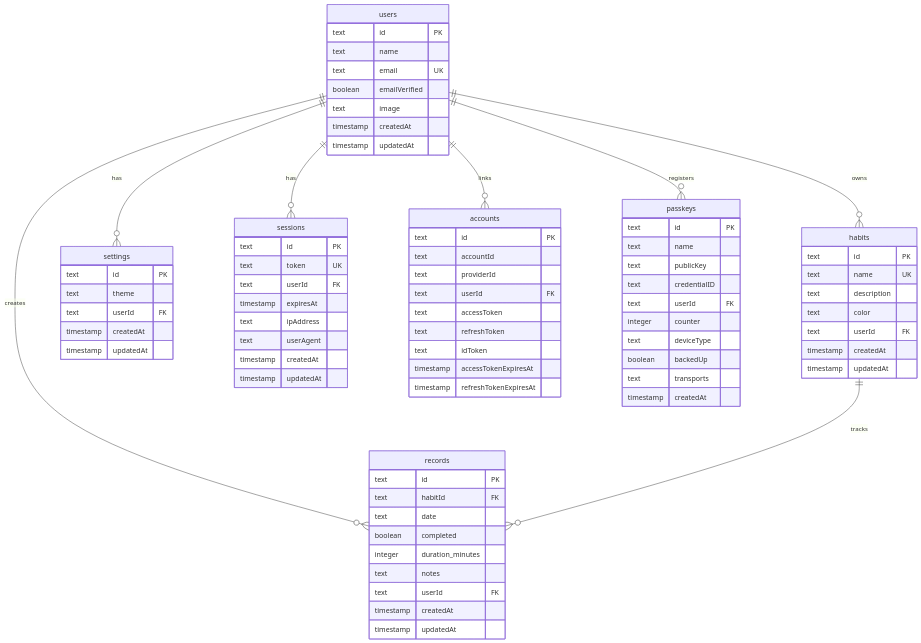
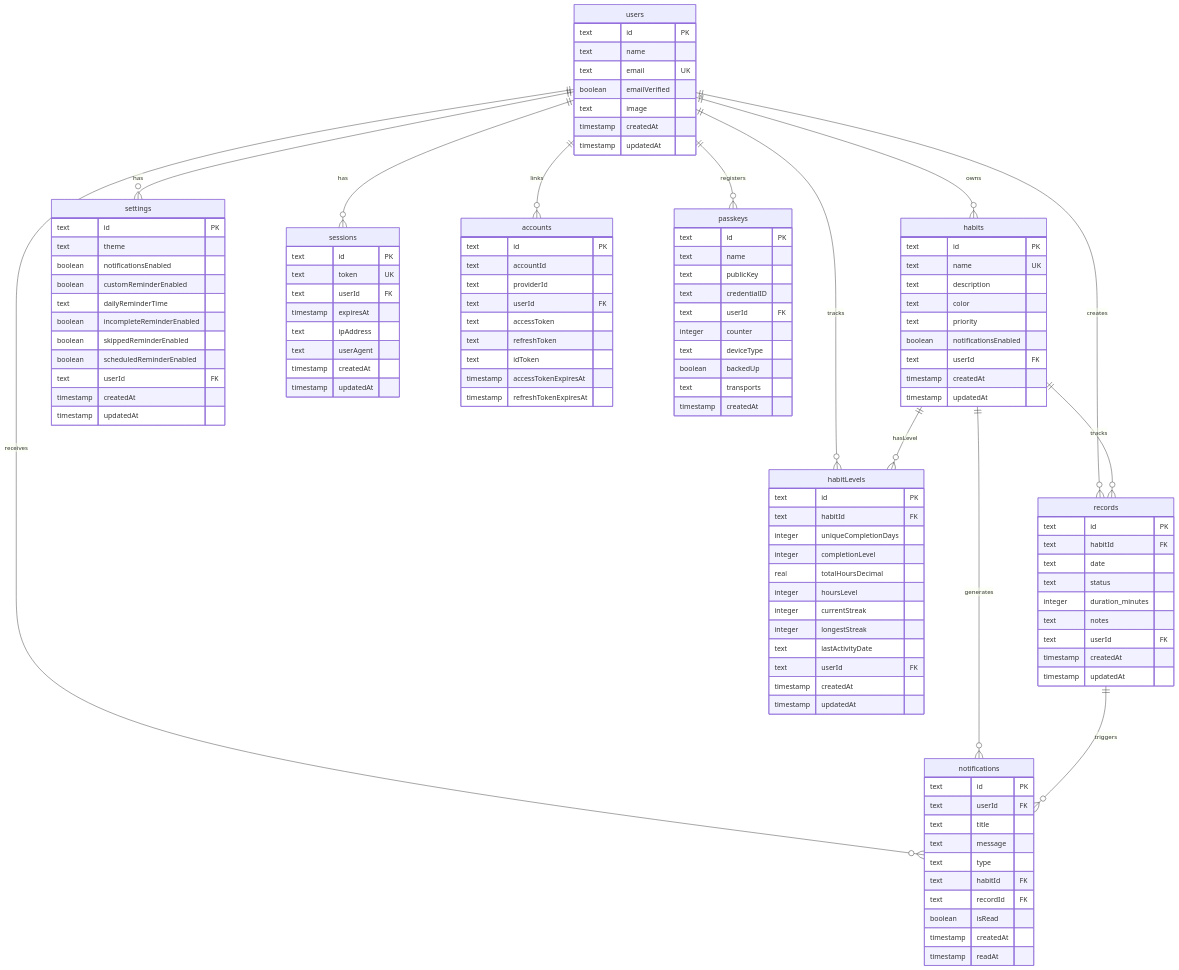
Before and after one commit to sc30gsw/tanstack-start-habits-tracker: the fifth of 5 diagrams in README.md, drawn with Mermaid. The commit also changed other lines of this file, not shown here.

Commit message:
feat: データモデルの更新 - 通知と習慣レベルの管理機能を追加し、関連するテーブルを定義

```diff
--- a/README.md
+++ b/README.md
@@ -311,7 +311,12 @@
     users ||--o{ habits : owns
     users ||--o{ records : creates
     users ||--o{ settings : has
+    users ||--o{ notifications : receives
+    users ||--o{ habitLevels : tracks
     habits ||--o{ records : tracks
+    habits ||--o{ notifications : generates
+    habits ||--o{ habitLevels : hasLevel
+    records ||--o{ notifications : triggers
     users ||--o{ sessions : has
     users ||--o{ accounts : links
     users ||--o{ passkeys : registers
@@ -331,6 +336,8 @@
         text name UK
         text description
         text color
+        text priority
+        boolean notificationsEnabled
         text userId FK
         timestamp createdAt
         timestamp updatedAt
@@ -340,9 +347,37 @@
         text id PK
         text habitId FK
         text date
-        boolean completed
+        text status
         integer duration_minutes
         text notes
+        text userId FK
+        timestamp createdAt
+        timestamp updatedAt
+    }
+
+    notifications {
+        text id PK
+        text userId FK
+        text title
+        text message
+        text type
+        text habitId FK
+        text recordId FK
+        boolean isRead
+        timestamp createdAt
+        timestamp readAt
+    }
+
+    habitLevels {
+        text id PK
+        text habitId FK
+        integer uniqueCompletionDays
+        integer completionLevel
+        real totalHoursDecimal
+        integer hoursLevel
+        integer currentStreak
+        integer longestStreak
+        text lastActivityDate
         text userId FK
         timestamp createdAt
         timestamp updatedAt
@@ -351,6 +386,12 @@
     settings {
         text id PK
         text theme
+        boolean notificationsEnabled
+        boolean customReminderEnabled
+        text dailyReminderTime
+        boolean incompleteReminderEnabled
+        boolean skippedReminderEnabled
+        boolean scheduledReminderEnabled
         text userId FK
         timestamp createdAt
         timestamp updatedAt
```
